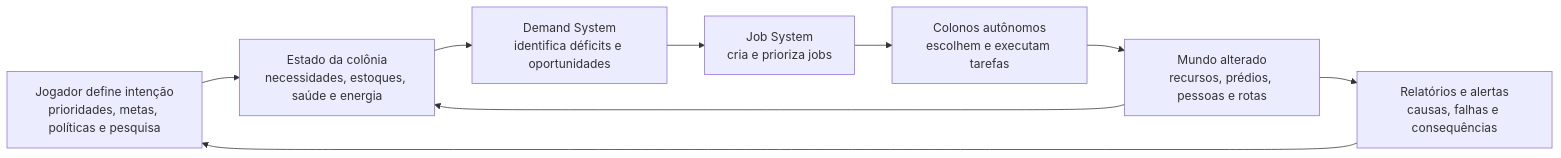
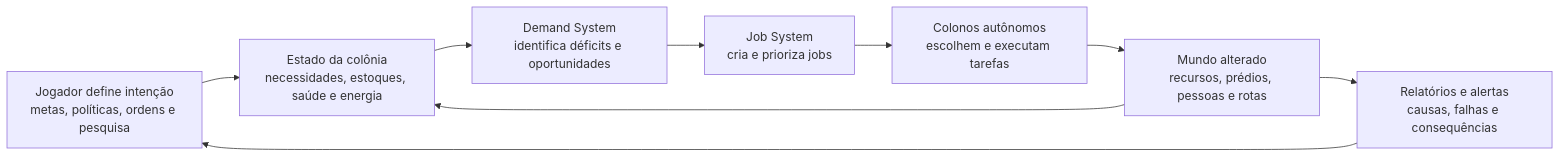
The first of 3 diagrams in docs/product/interaction-inventory.md (Jobisss/online-colony), drawn with Mermaid before and after one commit. The commit also changed other lines of this file and 2 other files, not shown here.

````diff
--- a/docs/product/interaction-inventory.md
+++ b/docs/product/interaction-inventory.md
@@ -58,19 +58,19 @@
 ```mermaid
 flowchart LR
-    P["Jogador define intenção<br/>prioridades, metas, políticas e pesquisa"]
+    P["Jogador define intenção<br/>metas, políticas, ordens e pesquisa"]
     S["Estado da colônia<br/>necessidades, estoques, saúde e energia"]
     D["Demand System<br/>identifica déficits e oportunidades"]
     J["Job System<br/>cria e prioriza jobs"]
     A["Colonos autônomos<br/>escolhem e executam tarefas"]
     W["Mundo alterado<br/>recursos, prédios, pessoas e rotas"]
     R["Relatórios e alertas<br/>causas, falhas e consequências"]
 
     P --> S
     S --> D
     D --> J
     J --> A
     A --> W
     W --> S
     W --> R
     R --> P
 ```
````
